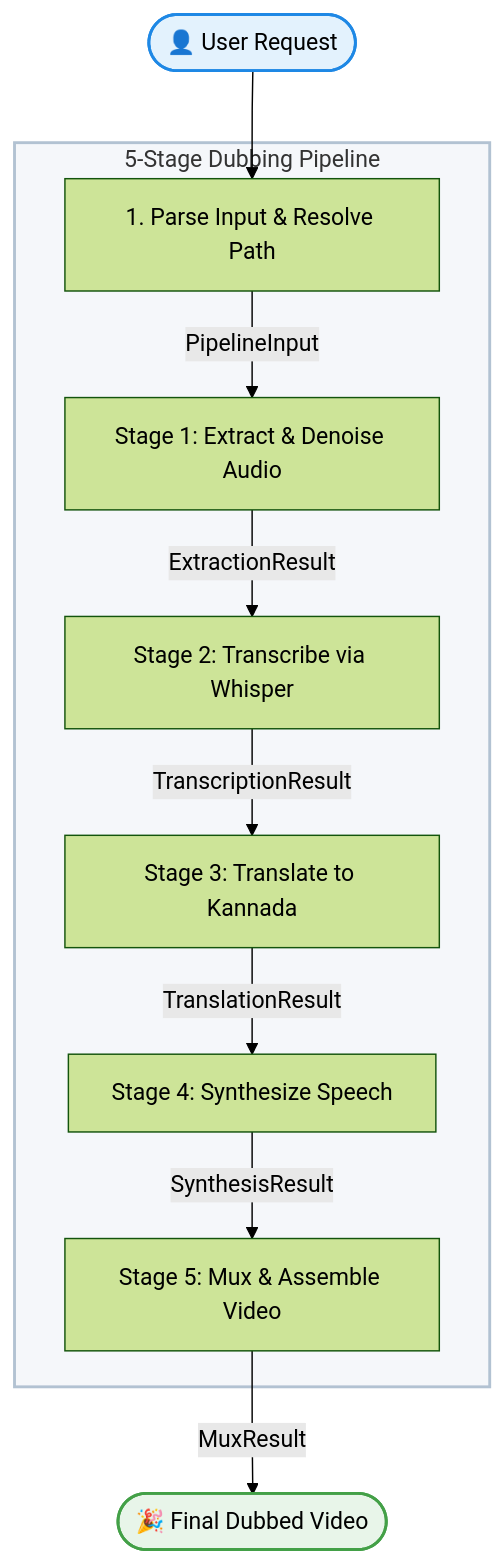
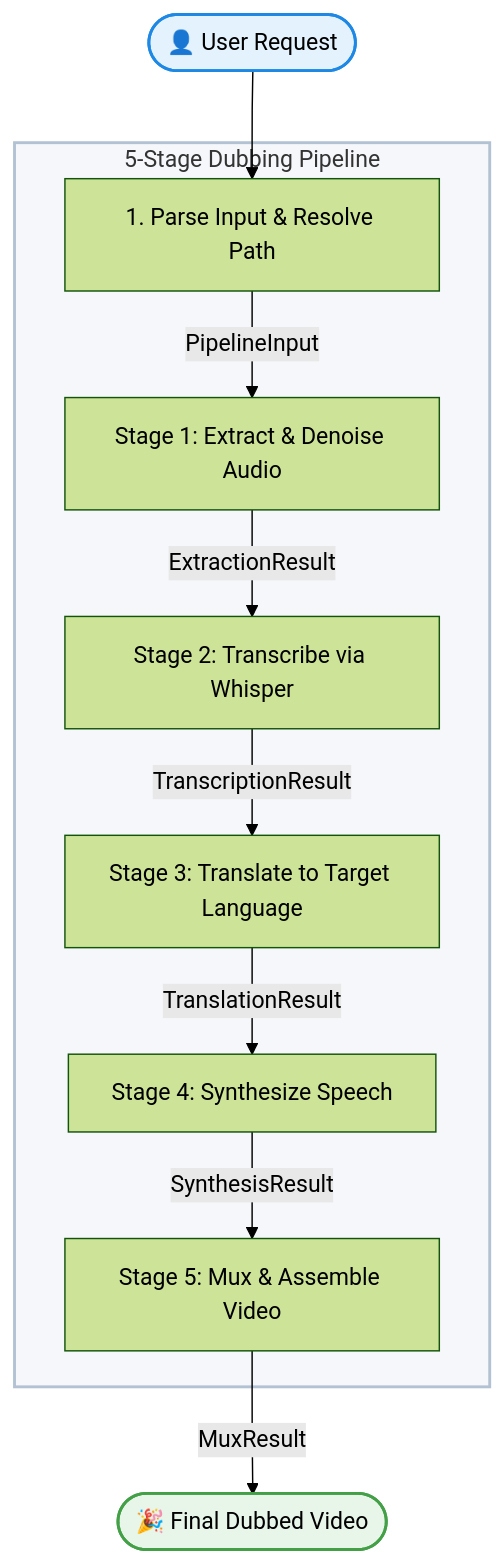
The diagram in information/workflow_graph.md (Bharath-2005-07/VaaniSync), drawn with Mermaid (forest theme) before and after one commit. The commit also changed other lines of this file and 9 other files, not shown here.

````diff
--- a/information/workflow_graph.md
+++ b/information/workflow_graph.md
@@ -9,18 +9,18 @@
 ```mermaid
 flowchart TD
     START(["👤 User Request"]) --> ParseInput["1. Parse Input & Resolve Path"]
     
     subgraph Pipeline ["5-Stage Dubbing Pipeline"]
         ParseInput -->|"PipelineInput"| ExtractAudio["Stage 1: Extract & Denoise Audio"]
         ExtractAudio -->|"ExtractionResult"| TranscribeAudio["Stage 2: Transcribe via Whisper"]
-        TranscribeAudio -->|"TranscriptionResult"| TranslateSegments["Stage 3: Translate to Kannada"]
+        TranscribeAudio -->|"TranscriptionResult"| TranslateSegments["Stage 3: Translate to Target Language"]
         TranslateSegments -->|"TranslationResult"| SynthesiseSegments["Stage 4: Synthesize Speech"]
         SynthesiseSegments -->|"SynthesisResult"| MuxVideo["Stage 5: Mux & Assemble Video"]
     end
 
     MuxVideo -->|"MuxResult"| END(["🎉 Final Dubbed Video"])
 
     style Pipeline fill:#f5f7fa,stroke:#b2c2d2,stroke-width:2px
     style START fill:#e3f2fd,stroke:#1e88e5,stroke-width:2px
     style END fill:#e8f5e9,stroke:#43a047,stroke-width:2px
 ```
````
